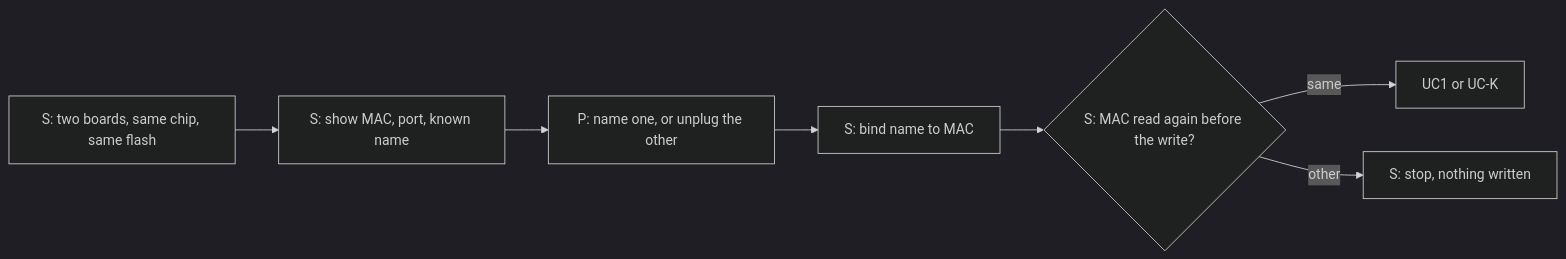
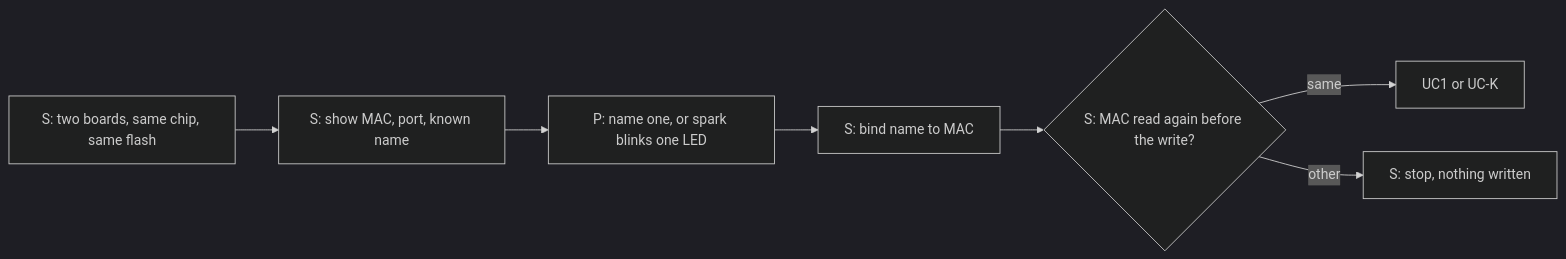
Before and after one commit to xmejkal/spark: the ninth of 14 diagrams in docs/discovery/2026-10-13-p218-deploy-and-board/jobs-and-journeys.md, drawn with Mermaid (dark theme). The commit also changed other lines of this file and 5 other files, not shown here.

````diff
--- a/docs/discovery/2026-10-13-p218-deploy-and-board/jobs-and-journeys.md
+++ b/docs/discovery/2026-10-13-p218-deploy-and-board/jobs-and-journeys.md
@@ -241,9 +239,9 @@
 ```mermaid
 flowchart LR
   s1["S: two boards, same chip, same flash"] --> s2["S: show MAC, port, known name"]
-  s2 --> p3["P: name one, or unplug the other"]
+  s2 --> p3["P: name one, or spark blinks one LED"]
   p3 --> s4["S: bind name to MAC"]
   s4 --> s5{"S: MAC read again before the write?"}
   s5 -->|same| go["UC1 or UC-K"]
   s5 -->|other| st["S: stop, nothing written"]
 ```
````
